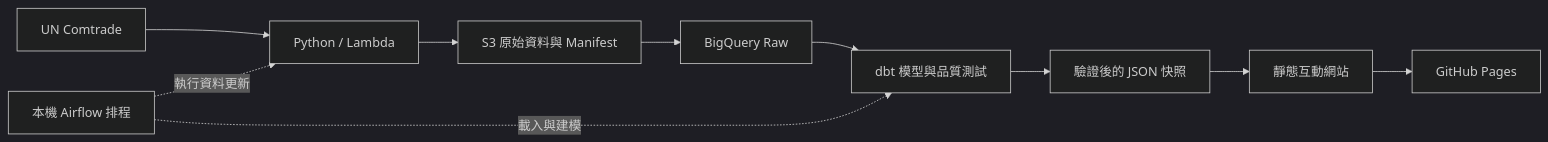
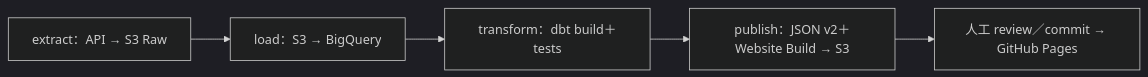
The diagram in README.md (sunhua12/000-trade-analytics), drawn with Mermaid (dark theme) before and after one commit. The commit also changed other lines of this file and 77 other files, not shown here.

````diff
--- a/README.md
+++ b/README.md
@@ -31,12 +5,7 @@
 ```mermaid
 flowchart LR
-    API[UN Comtrade] --> Ingest[Python / Lambda]
-    Ingest --> S3[S3 原始資料與 Manifest]
-    S3 --> Raw[BigQuery Raw]
-    Raw --> Models[dbt 模型與品質測試]
-    Models --> JSON[驗證後的 JSON 快照]
-    JSON --> Web[靜態互動網站]
-    Airflow[本機 Airflow 排程] -.執行資料更新.-> Ingest
-    Airflow -.載入與建模.-> Models
-    Web --> Pages[GitHub Pages]
+  A[extract：API → S3 Raw] --> B[load：S3 → BigQuery]
+  B --> C[transform：dbt build＋tests]
+  C --> D[publish：JSON v2＋Website Build → S3]
+  D --> E[人工 review／commit → GitHub Pages]
 ```
````
